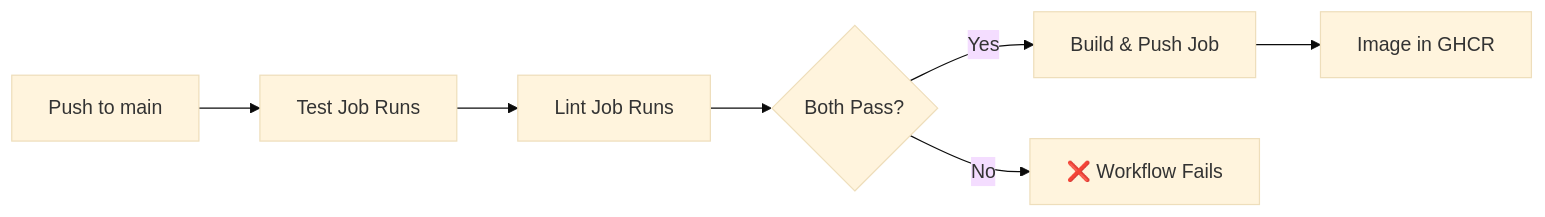
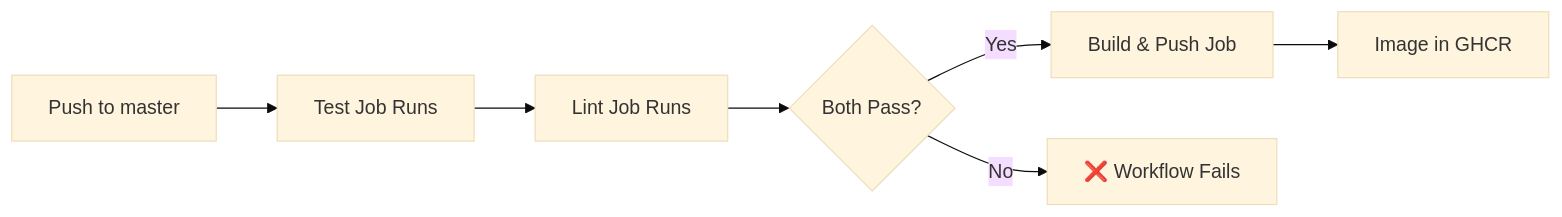
One commit to NOAA-GSL/cicd-pipeline-demo changed the second of 5 diagrams in README.md. Above: the diagram before and after it, drawn with Mermaid (base theme). The commit also changed other lines of this file and 2 other files, not shown here.

````diff
--- a/README.md
+++ b/README.md
@@ -237,9 +237,9 @@
 ```mermaid
 flowchart LR
-    A[Push to main] --> B[Test Job Runs]
+    A[Push to master] --> B[Test Job Runs]
     B --> C[Lint Job Runs]
     C --> D{Both Pass?}
     D -->|Yes| E[Build & Push Job]
     E --> F[Image in GHCR]
     D -->|No| G[❌ Workflow Fails]
 ```
````
